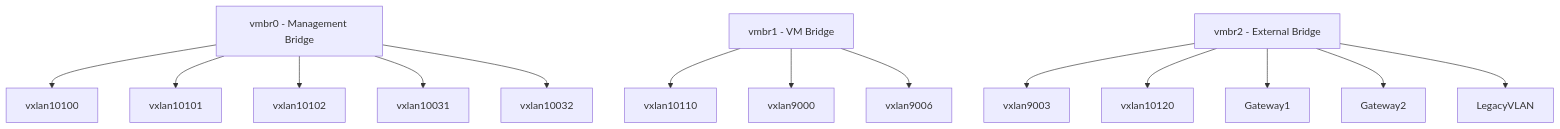
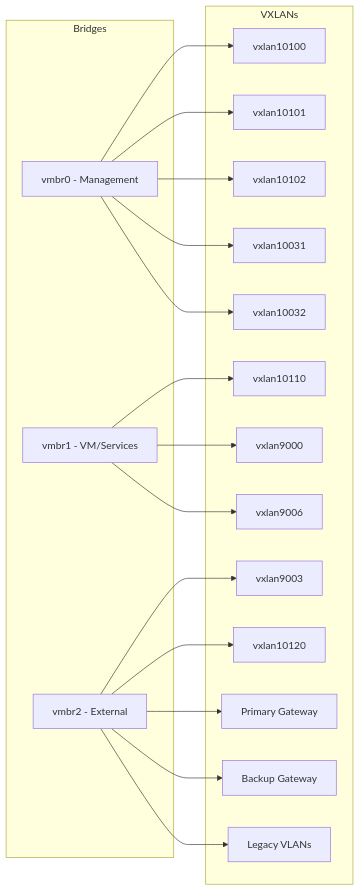
The first of 4 diagrams in README.md (CEP-Comwell/proxmox_addons), drawn with Mermaid before and after one commit.

Commit message:
main overview

````diff
--- a/README.md
+++ b/README.md
@@ -18,19 +18,36 @@
 ```mermaid
-graph TD
-MgmtBridge[vmbr0 - Management Bridge]
-VMBridge[vmbr1 - VM Bridge]
-ExtBridge[vmbr2 - External Bridge]
-MgmtBridge --> VX10100[vxlan10100]
-MgmtBridge --> VX10101[vxlan10101]
-MgmtBridge --> VX10102[vxlan10102]
-MgmtBridge --> VXCEPH2[vxlan10031]
-MgmtBridge --> VX10032[vxlan10032]
-VMBridge --> VX10110[vxlan10110]
-VMBridge --> VX9000[vxlan9000]
-VMBridge --> VX9006[vxlan9006]
-ExtBridge --> VX9003[vxlan9003]
-ExtBridge --> VX10120[vxlan10120]
+graph LR
+subgraph Bridges
+	MgmtBridge[vmbr0 - Management]
+	VMBridge[vmbr1 - VM/Services]
+	ExtBridge[vmbr2 - External]
+end
+subgraph VXLANs
+	VX10100[vxlan10100]
+	VX10101[vxlan10101]
+	VX10102[vxlan10102]
+	VXCEPH2[vxlan10031]
+	VX10032[vxlan10032]
+	VX10110[vxlan10110]
+	VX9000[vxlan9000]
+	VX9006[vxlan9006]
+	VX9003[vxlan9003]
+	VX10120[vxlan10120]
+	Gateway1[Primary Gateway]
+	Gateway2[Backup Gateway]
+	LegacyVLAN[Legacy VLANs]
+end
+MgmtBridge --> VX10100
+MgmtBridge --> VX10101
+MgmtBridge --> VX10102
+MgmtBridge --> VXCEPH2
+MgmtBridge --> VX10032
+VMBridge --> VX10110
+VMBridge --> VX9000
+VMBridge --> VX9006
+ExtBridge --> VX9003
+ExtBridge --> VX10120
 ExtBridge --> Gateway1
 ExtBridge --> Gateway2
 ExtBridge --> LegacyVLAN
 ```
````
